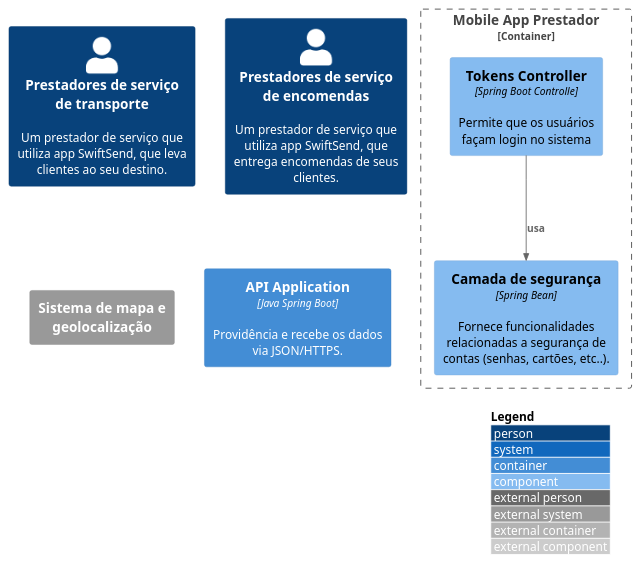
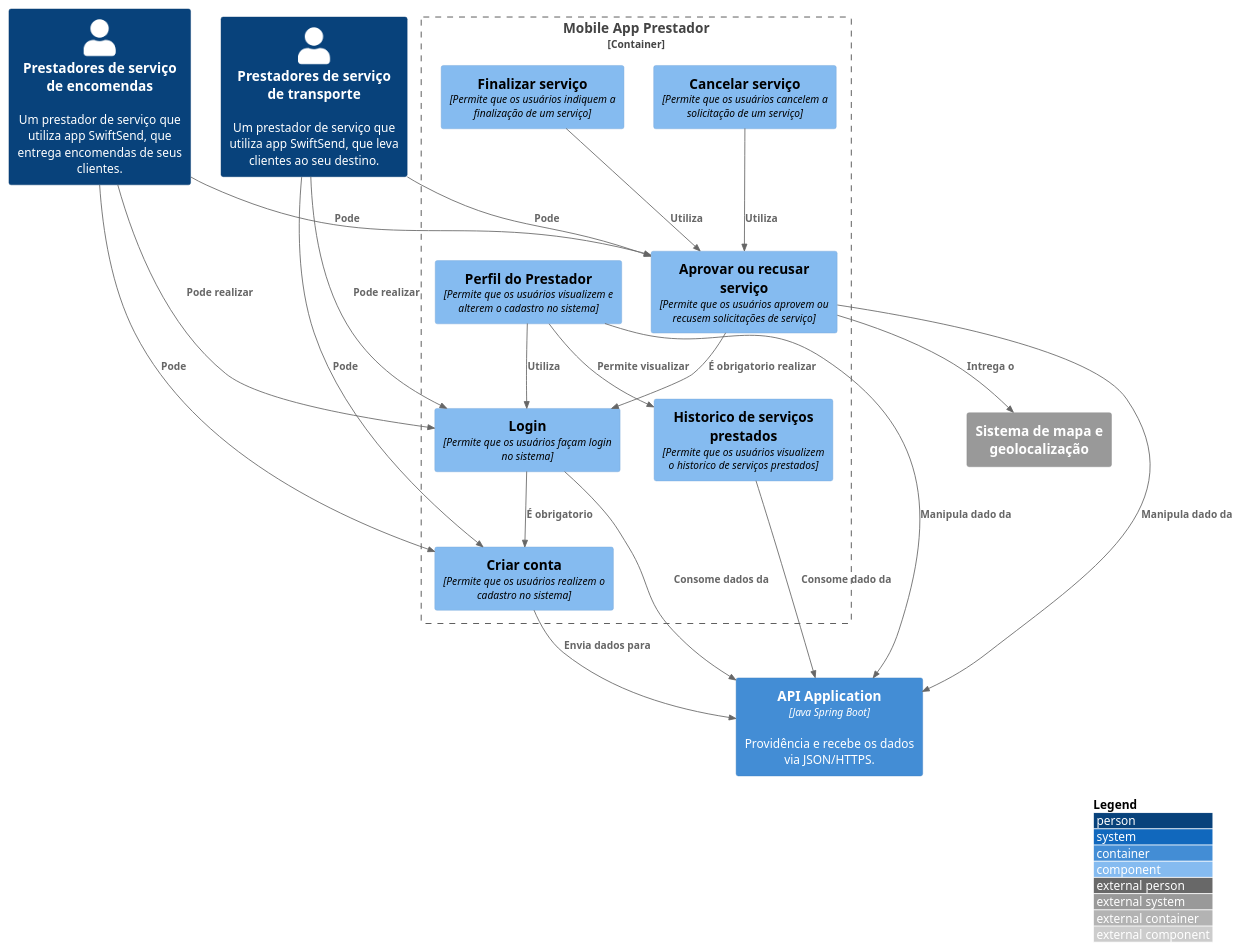
The diagram in src/SwiftSend/Mobile App Prestador/container.puml (43D/SwitfSend_C4Builder), drawn with PlantUML before and after one commit. The commit also changed 14 other files, not shown here.

```diff
--- a/src/SwiftSend/Mobile App Prestador/container.puml
+++ b/src/SwiftSend/Mobile App Prestador/container.puml
@@ -1,19 +1,45 @@
 @startuml
 !include https://raw.githubusercontent.com/adrianvlupu/C4-PlantUML/latest/C4_Component.puml
 
 LAYOUT_WITH_LEGEND()
 
 Person(prestadorTrans, "Prestadores de serviço de transporte", "Um prestador de serviço que utiliza app SwiftSend, que leva clientes ao seu destino.")
 Person(prestadorEncon, "Prestadores de serviço de encomendas", "Um prestador de serviço que utiliza app SwiftSend, que entrega encomendas de seus clientes.")
 System_Ext(gps, "Sistema de mapa e geolocalização")
 Container(api, "API Application", "Java Spring Boot", "Providência e recebe os dados via JSON/HTTPS.")
 
 Container_Boundary(mobile, "Mobile App Prestador") {
-    Component(tokens, "Tokens Controller", "Spring Boot Controlle", "Permite que os usuários façam login no sistema")
-   
-    Component(security, "Camada de segurança", "Spring Bean", "Fornece funcionalidades relacionadas a segurança de contas (senhas, cartões, etc..).")
+    Component(criarConta, "Criar conta", "Permite que os usuários realizem o cadastro no sistema")
+    Component(login, "Login", "Permite que os usuários façam login no sistema")
+    Component(aprovarRecusarServico, "Aprovar ou recusar serviço", "Permite que os usuários aprovem ou recusem solicitações de serviço")
+    Component(historicoServicosPrestados, "Historico de serviços prestados", "Permite que os usuários visualizem o historico de serviços prestados")
+    Component(cancelarServico, "Cancelar serviço", "Permite que os usuários cancelem a solicitação de um serviço")
+    Component(finalizarServico, "Finalizar serviço", "Permite que os usuários indiquem a finalização de um serviço")
+    Component(perfilPrestador, "Perfil do Prestador", "Permite que os usuários visualizem e alterem o cadastro no sistema")
 
-    Rel(tokens, security, "usa")
+    Rel(login, criarConta, "É obrigatorio ")
+    Rel(aprovarRecusarServico, login, "É obrigatorio realizar")
+    Rel(cancelarServico, aprovarRecusarServico, "Utiliza")
+    Rel(finalizarServico, aprovarRecusarServico, "Utiliza")
+    Rel(perfilPrestador, historicoServicosPrestados, "Permite visualizar")
+    Rel(perfilPrestador, login, "Utiliza")
 }
 
+Rel(prestadorEncon, login, "Pode realizar")
+Rel(prestadorEncon, criarConta, "Pode")
+Rel(prestadorEncon, aprovarRecusarServico, "Pode")
+
+Rel(prestadorTrans, aprovarRecusarServico, "Pode")
+Rel(prestadorTrans, login, "Pode realizar")
+Rel(prestadorTrans, criarConta, "Pode")
+
+Rel(login, api, "Consome dados da")
+Rel(criarConta, api, "Envia dados para")
+Rel(historicoServicosPrestados, api, "Consome dado da")
+Rel(perfilPrestador, api, "Manipula dado da")
+Rel(aprovarRecusarServico, api, "Manipula dado da")
+
+Rel(aprovarRecusarServico, gps, "Intrega o")
+
+
 @enduml
```
